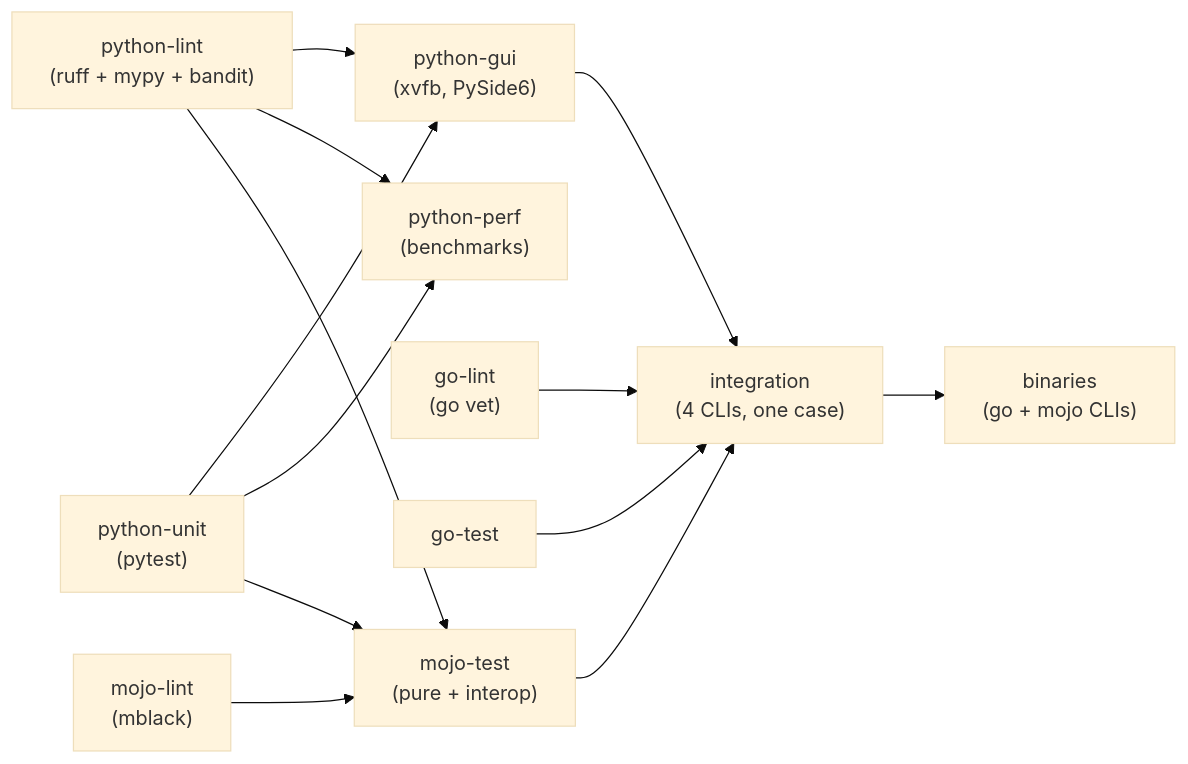
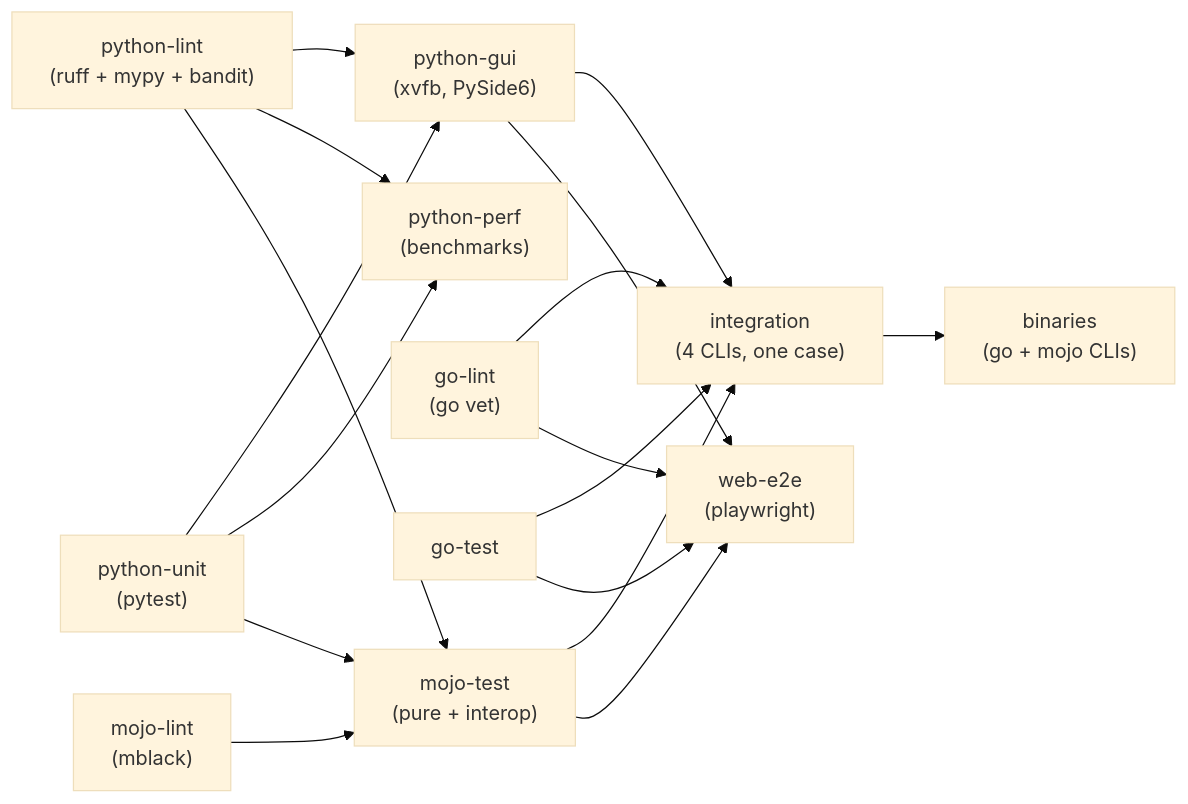
One commit to panjacek/PIM_Calculator changed the diagram in docs/ci.md. Above: the diagram before and after it, drawn with Mermaid (base theme). The commit also changed other lines of this file and 12 other files, not shown here.

````diff
--- a/docs/ci.md
+++ b/docs/ci.md
@@ -8,26 +8,31 @@
 ```mermaid
 flowchart LR
     pl["python-lint<br/>(ruff + mypy + bandit)"]
     pu["python-unit<br/>(pytest)"]
     pg["python-gui<br/>(xvfb, PySide6)"]
     pp["python-perf<br/>(benchmarks)"]
     gl["go-lint<br/>(go vet)"]
     gt["go-test"]
     ml["mojo-lint<br/>(mblack)"]
     mt["mojo-test<br/>(pure + interop)"]
     ig["integration<br/>(4 CLIs, one case)"]
+    we["web-e2e<br/>(playwright)"]
     bn["binaries<br/>(go + mojo CLIs)"]
 
     pl --> pg
     pu --> pg
     pl --> pp
     pu --> pp
     ml --> mt
     pl --> mt
     pu --> mt
     pg --> ig
     gl --> ig
     gt --> ig
     mt --> ig
     ig --> bn
+    pg --> we
+    gl --> we
+    gt --> we
+    mt --> we
 ```
````
